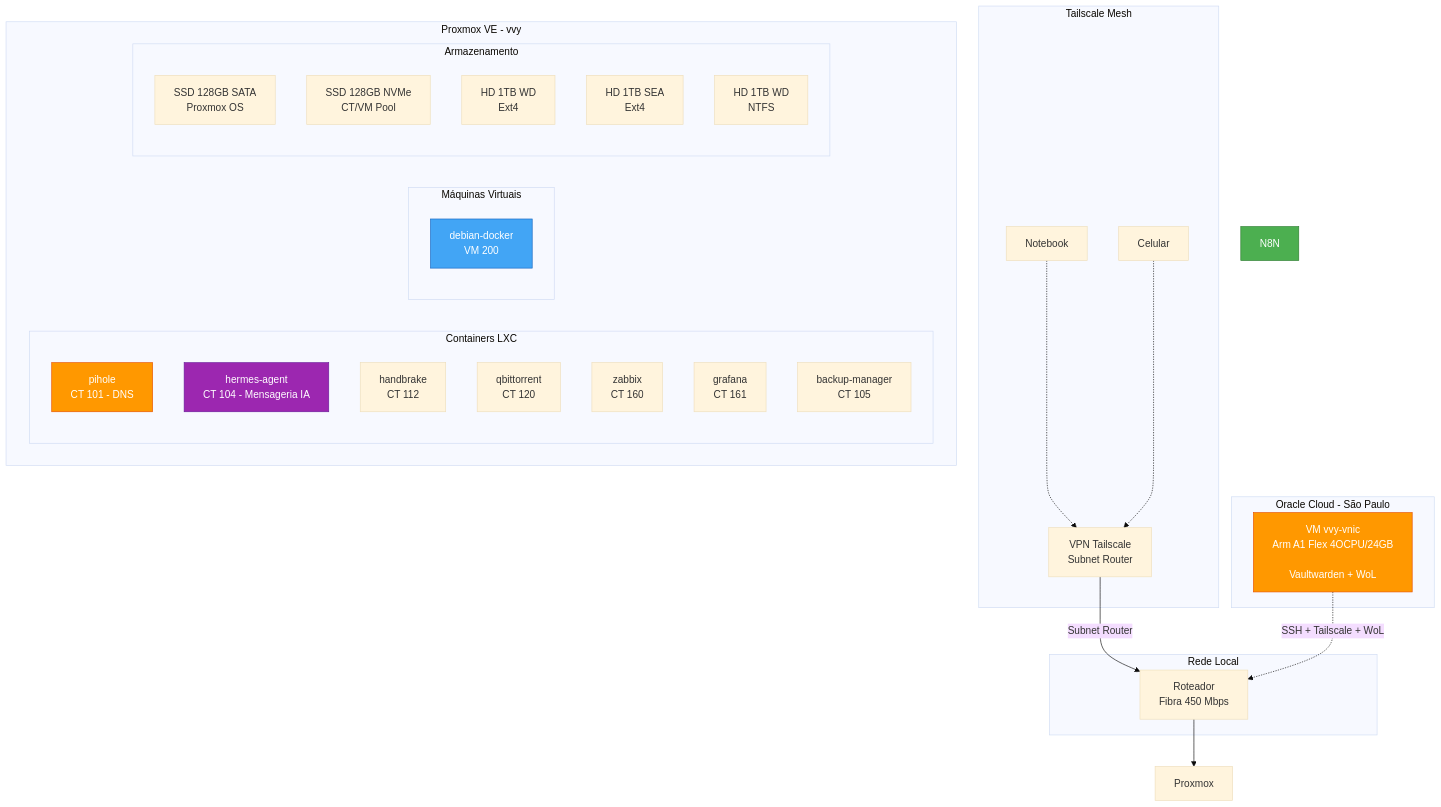
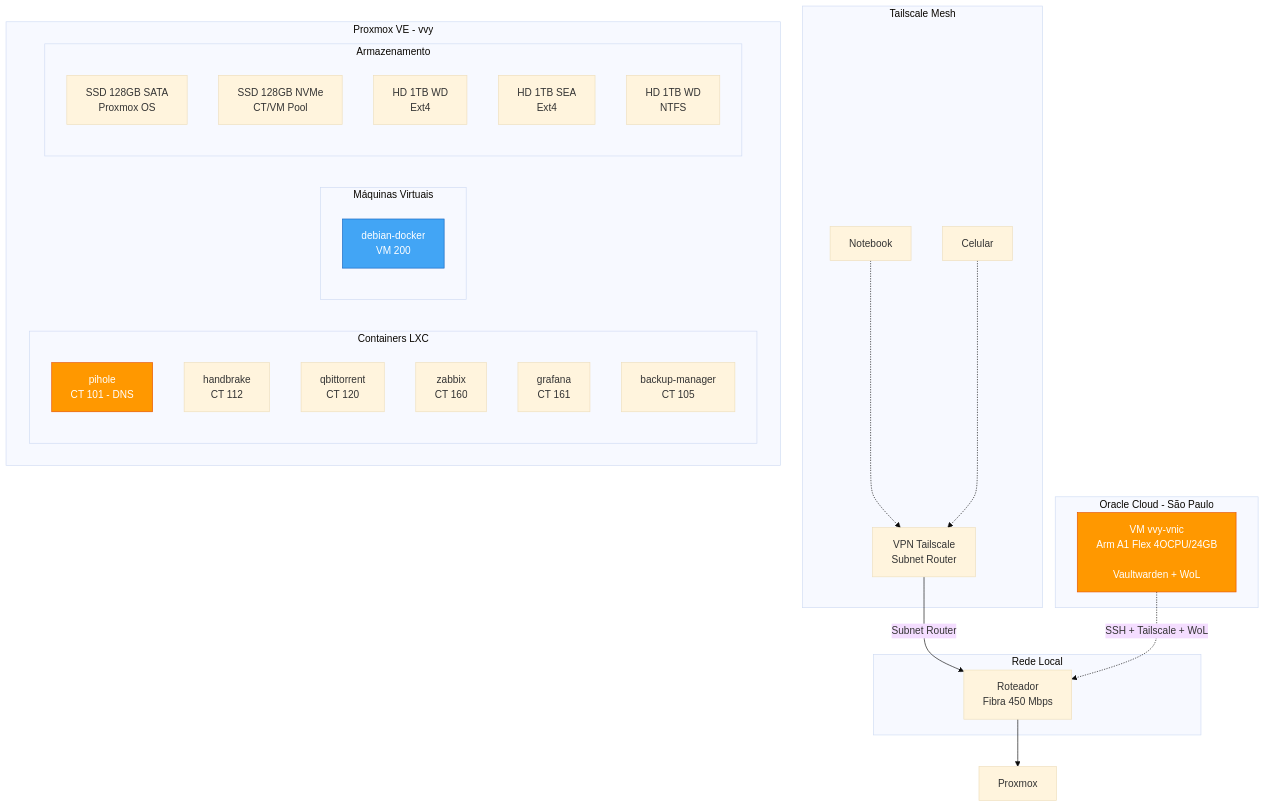
One commit to mviniciusy/vvy-homelab changed the diagram in README.md. Above: the diagram before and after it, drawn with Mermaid (base theme). The commit also changed other lines of this file and 22 other files, not shown here.

````diff
--- a/README.md
+++ b/README.md
@@ -13,52 +13,49 @@
 ```mermaid
 graph TB
     subgraph Rede Local
         Router[Roteador<br/>Fibra 450 Mbps]
     end
 
     subgraph Tailscale Mesh
         TS[VPN Tailscale<br/>Subnet Router]
         NB[Notebook]
         Phone[Celular]
     end
 
     subgraph OC["Oracle Cloud - São Paulo"]
         OCI[VM vvy-vnic<br/>Arm A1 Flex 4OCPU/24GB<br/><ORACLE_PUBLIC_IP><br/>Vaultwarden + WoL]
     end
 
     subgraph Proxmox VE - vvy
         subgraph Containers LXC
             PH[pihole<br/>CT 101 - DNS]
-            HER[hermes-agent<br/>CT 104 - Mensageria IA]
             HB[handbrake<br/>CT 112]
             QB[qbittorrent<br/>CT 120]
             ZB[zabbix<br/>CT 160]
             GF[grafana<br/>CT 161]
             BK[backup-manager<br/>CT 105]
         end
 
         subgraph Máquinas Virtuais
             DK[debian-docker<br/>VM 200]
         end
 
         subgraph Armazenamento
             SSD1[SSD 128GB SATA<br/>Proxmox OS]
             SSD2[SSD 128GB NVMe<br/>CT/VM Pool]
             HD1[HD 1TB WD<br/>Ext4]
             HD2[HD 1TB SEA<br/>Ext4]
             HD3[HD 1TB WD<br/>NTFS]
         end
     end
 
     Router --> Proxmox
     TS --> |Subnet Router| Router
     NB -.-> TS
     Phone -.-> TS
     OCI -.->|SSH + Tailscale + WoL| Router
 
-    style N8N fill:#4caf50,stroke:#2e7d32,color:#fff
-    style HER fill:#9c27b0,stroke:#6a1b9a,color:#fff
     style DK fill:#42a5f5,stroke:#1565c0,color:#fff
     style PH fill:#ff9800,stroke:#e65100,color:#fff
     style OCI fill:#ff9800,stroke:#e65100,color:#fff
 ```
````
